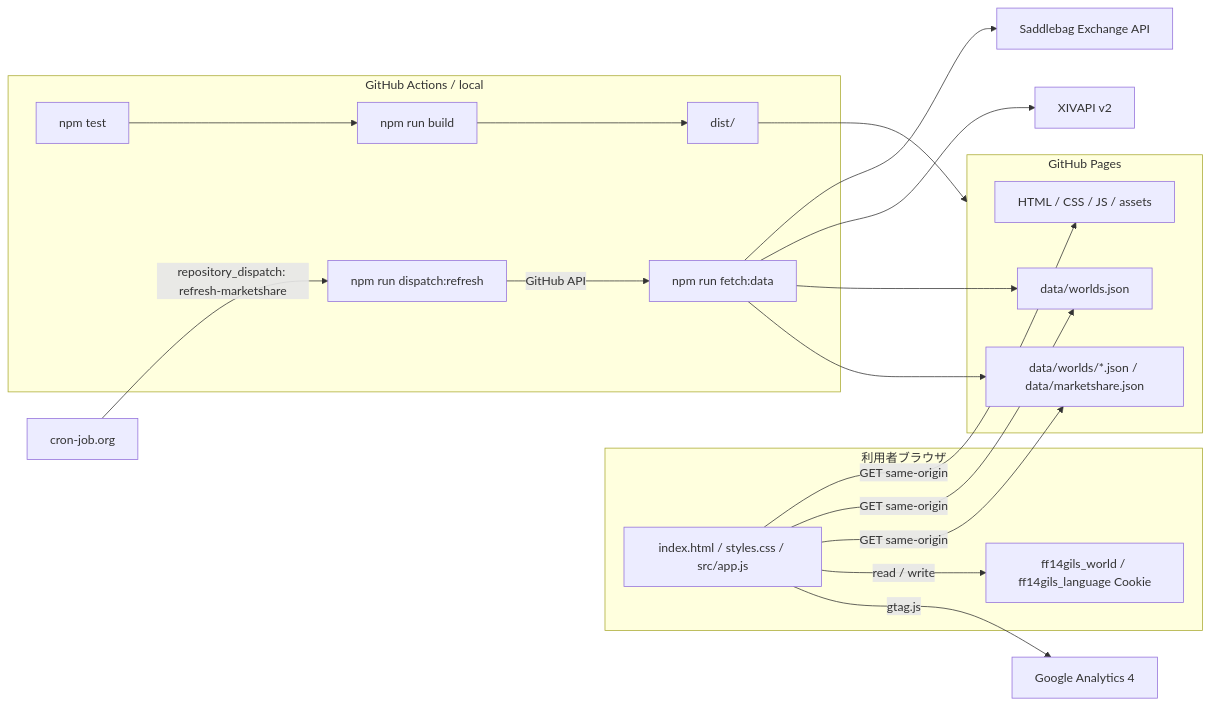
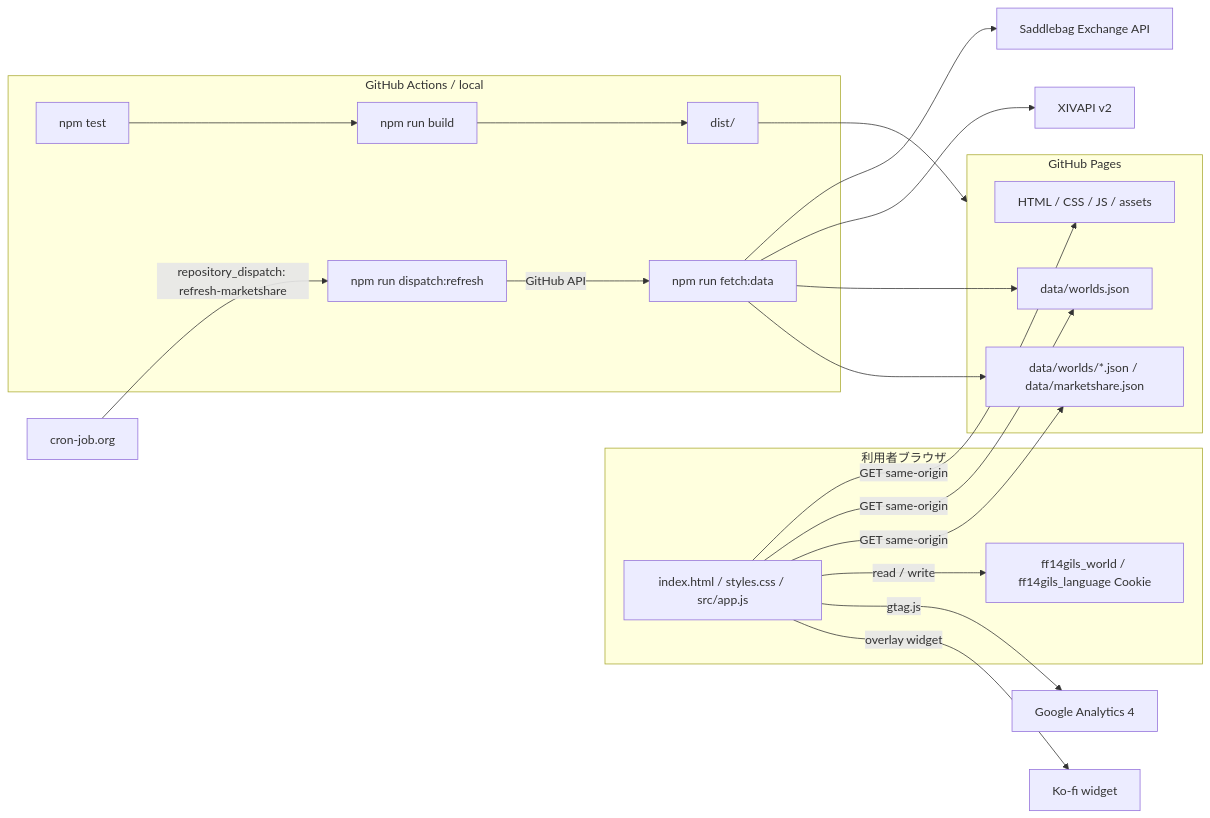
Before and after one commit to jinwktk/FF14Gils: the diagram in README.md, drawn with Mermaid. The commit also changed other lines of this file and 5 other files, not shown here.

````diff
--- a/README.md
+++ b/README.md
@@ -49,43 +50,45 @@
 ```mermaid
 flowchart LR
   subgraph Browser["利用者ブラウザ"]
     Ui["index.html / styles.css / src/app.js"]
     Cookie["ff14gils_world / ff14gils_language Cookie"]
   end
 
   subgraph Pages["GitHub Pages"]
     Static["HTML / CSS / JS / assets"]
     WorldIndex["data/worlds.json"]
     Snapshots["data/worlds/*.json / data/marketshare.json"]
   end
 
   subgraph Pipeline["GitHub Actions / local"]
     Tests["npm test"]
     FetchData["npm run fetch:data"]
     Dispatch["npm run dispatch:refresh"]
     Build["npm run build"]
     Dist["dist/"]
   end
 
   ExternalScheduler["cron-job.org"]
 
   Saddlebag["Saddlebag Exchange API"]
   Xivapi["XIVAPI v2"]
   Analytics["Google Analytics 4"]
+  Kofi["Ko-fi widget"]
 
   Ui -->|"GET same-origin"| Static
   Ui -->|"GET same-origin"| WorldIndex
   Ui -->|"GET same-origin"| Snapshots
   Ui -->|"read / write"| Cookie
   Ui -->|"gtag.js"| Analytics
+  Ui -->|"overlay widget"| Kofi
 
   FetchData --> Saddlebag
   FetchData --> Xivapi
   FetchData --> WorldIndex
   FetchData --> Snapshots
   ExternalScheduler -->|"repository_dispatch: refresh-marketshare"| Dispatch
   Dispatch -->|"GitHub API"| FetchData
   Tests --> Build
   Build --> Dist
   Dist --> Pages
 ```
````
